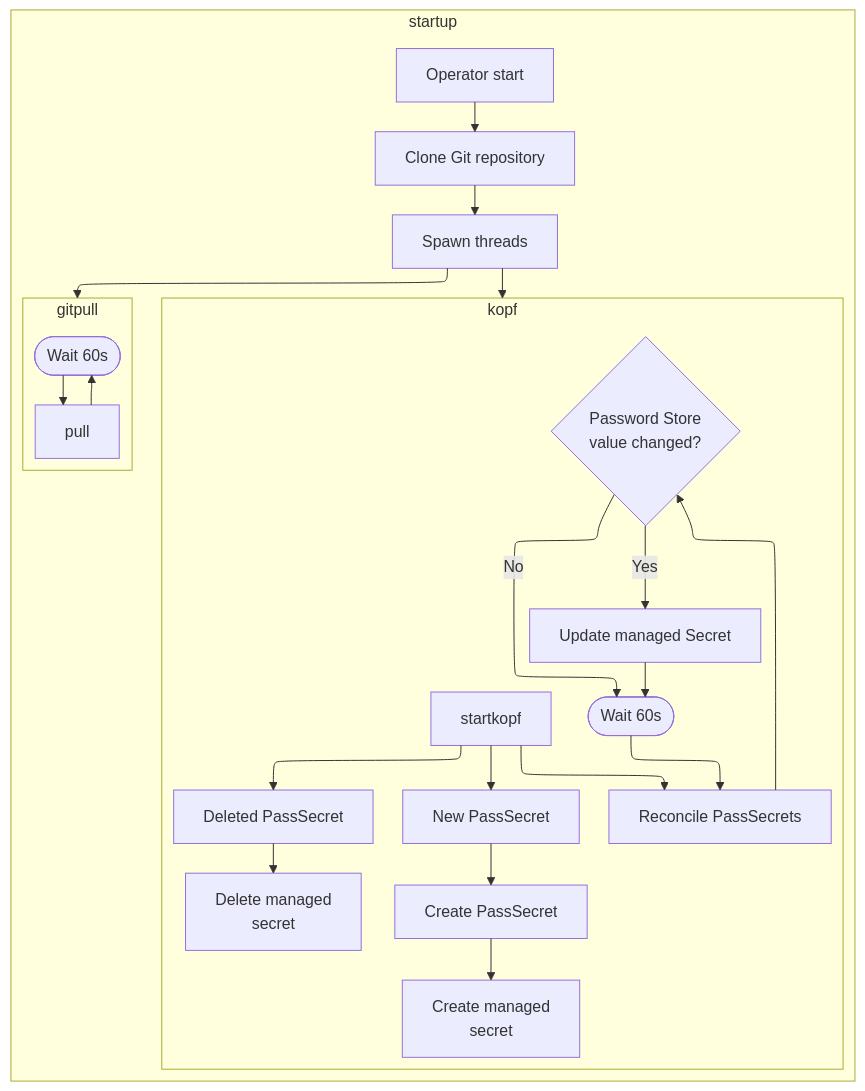
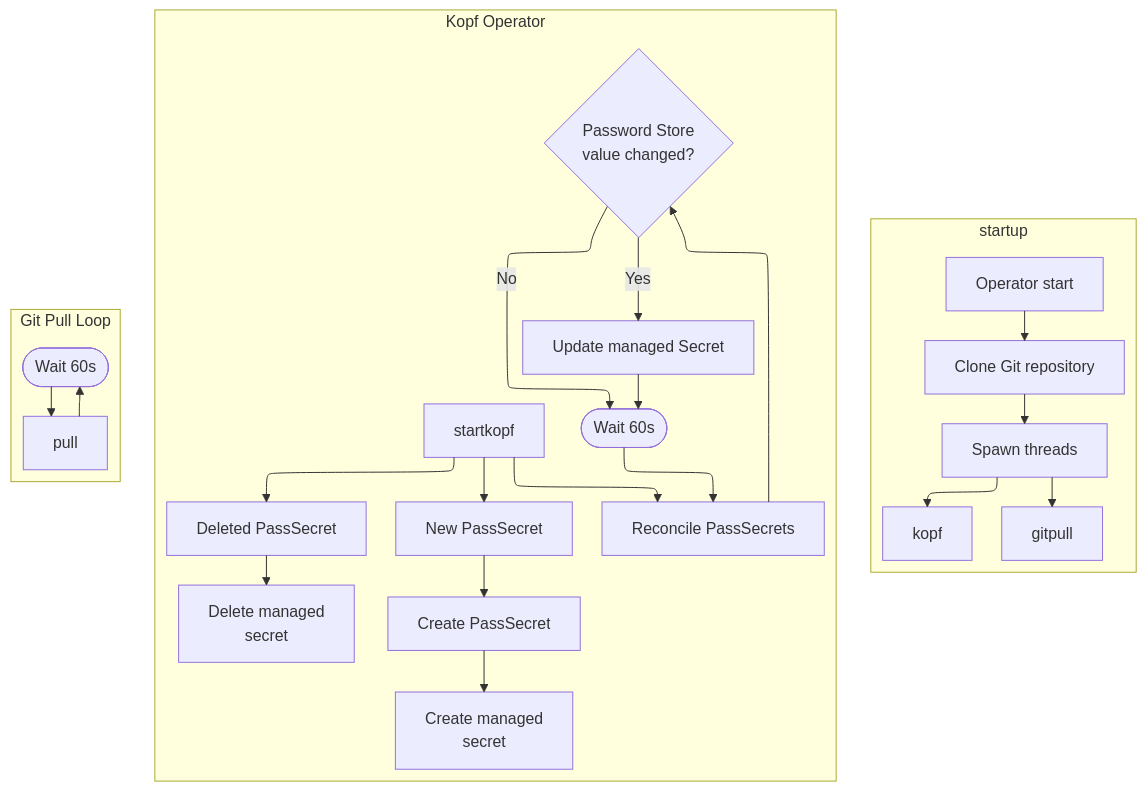
Before and after one commit to premiscale/pass-operator: the diagram in README.md, drawn with Mermaid.

Commit message:
PASS-22: Update subgraph titles

````diff
--- a/README.md
+++ b/README.md
@@ -50,19 +50,19 @@
 ```mermaid
 %%{init: {"flowchart": {"defaultRenderer": "elk"}} }%%
 flowchart TD
     subgraph startup
         start[Operator start] --> clone[Clone Git repository]
         clone --> threads[Spawn threads]
         threads --> kopf
         threads --> gitpull
     end
-    subgraph kopf
+    subgraph "Kopf Operator"
         startkopf --> reconcile[Reconcile PassSecrets] --> storevaluechanged{Password Store<br>value changed?} -->|Yes| update[Update managed Secret] --> reconcilewait([Wait 60s]) --> reconcile
         storevaluechanged -->|No| reconcilewait
         startkopf --> new[New PassSecret] --> create[Create PassSecret] --> createms[Create managed<br>secret]
         startkopf --> delete[Deleted PassSecret] --> deletems[Delete managed<br>secret]
     end
-    subgraph gitpull
+    subgraph "Git Pull Loop"
         pull --> wait([Wait 60s]) --> pull
     end
 ```
````
